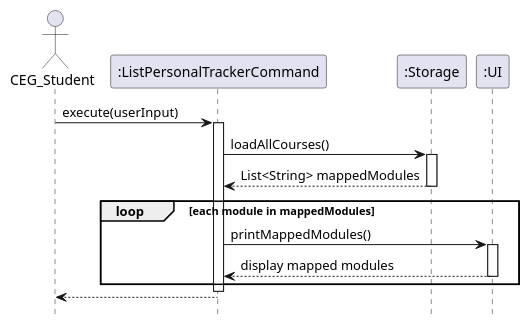
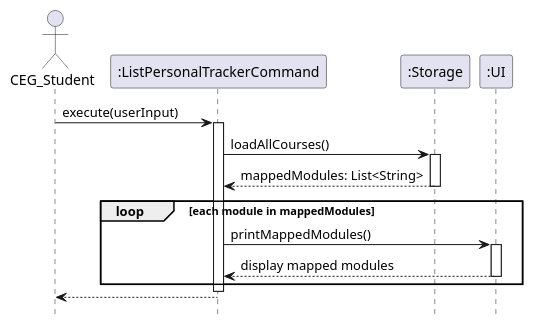
Before and after one commit to nus-cs2113-AY2425S1/tp: the diagram in uml-diagrams/ListPersonalTrackerCommand.puml, drawn with PlantUML. The commit also changed 2 other files, not shown here.

Commit message:
Updated DG for ListCommandsCommand and uml for ListPersonalTrackerCommand

```diff
--- a/uml-diagrams/ListPersonalTrackerCommand.puml
+++ b/uml-diagrams/ListPersonalTrackerCommand.puml
@@ -1,28 +1,28 @@
 @startuml
 
 hide footbox
 
 actor CEG_Student
 participant ":ListPersonalTrackerCommand" as Command
 participant ":Storage" as Storage
 participant ":UI" as UI
 
 CEG_Student -> Command: execute(userInput)
 activate Command
 
 Command -> Storage: loadAllCourses()
 activate Storage
-Storage --> Command: List<String> mappedModules
+Storage --> Command: mappedModules: List<String>
 deactivate Storage
 
 loop each module in mappedModules
     Command -> UI : printMappedModules()
     activate UI
     UI --> Command : display mapped modules
     deactivate UI
 end
 
 deactivate Command
 Command --> CEG_Student
 
 @enduml
```
